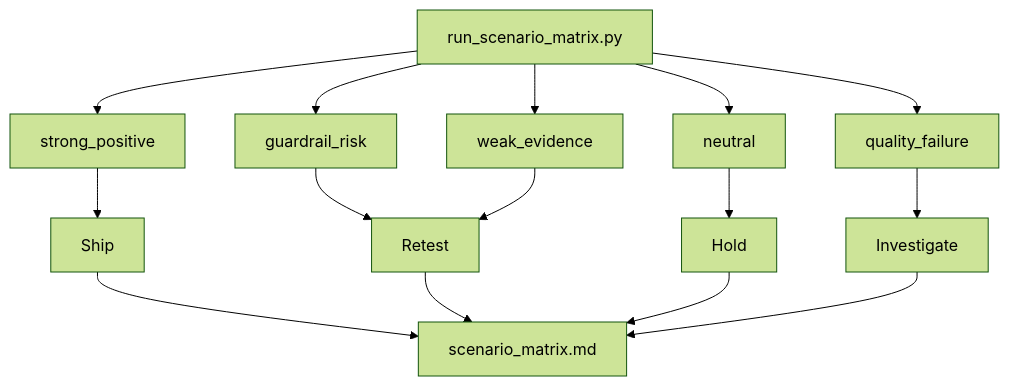
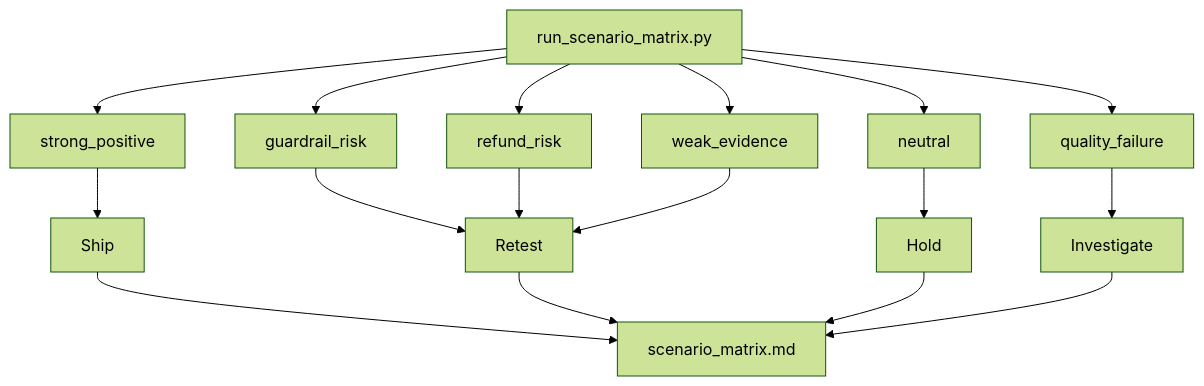
One commit to dffxonnb-cyber/DecisionOps-lab changed the fourth of 5 diagrams in docs/ARCHITECTURE_DIAGRAM.md. Above: the diagram before and after it, drawn with Mermaid (forest theme). The commit also changed other lines of this file and 1 other file, not shown here.

First line of the commit message:
Refresh case study and architecture docs for V2

````diff
--- a/docs/ARCHITECTURE_DIAGRAM.md
+++ b/docs/ARCHITECTURE_DIAGRAM.md
@@ -72,19 +81,21 @@
 ```mermaid
 flowchart TD
     A[run_scenario_matrix.py] --> B[strong_positive]
     A --> C[guardrail_risk]
-    A --> D[weak_evidence]
-    A --> E[neutral]
-    A --> F[quality_failure]
+    A --> D[refund_risk]
+    A --> E[weak_evidence]
+    A --> F[neutral]
+    A --> G[quality_failure]
 
-    B --> G[Ship]
-    C --> H[Retest]
-    D --> H
-    E --> I[Hold]
-    F --> J[Investigate]
+    B --> H[Ship]
+    C --> I[Retest]
+    D --> I
+    E --> I
+    F --> J[Hold]
+    G --> K[Investigate]
 
-    G --> K[scenario_matrix.md]
-    H --> K
-    I --> K
-    J --> K
+    H --> L[scenario_matrix.md]
+    I --> L
+    J --> L
+    K --> L
 ```
````
